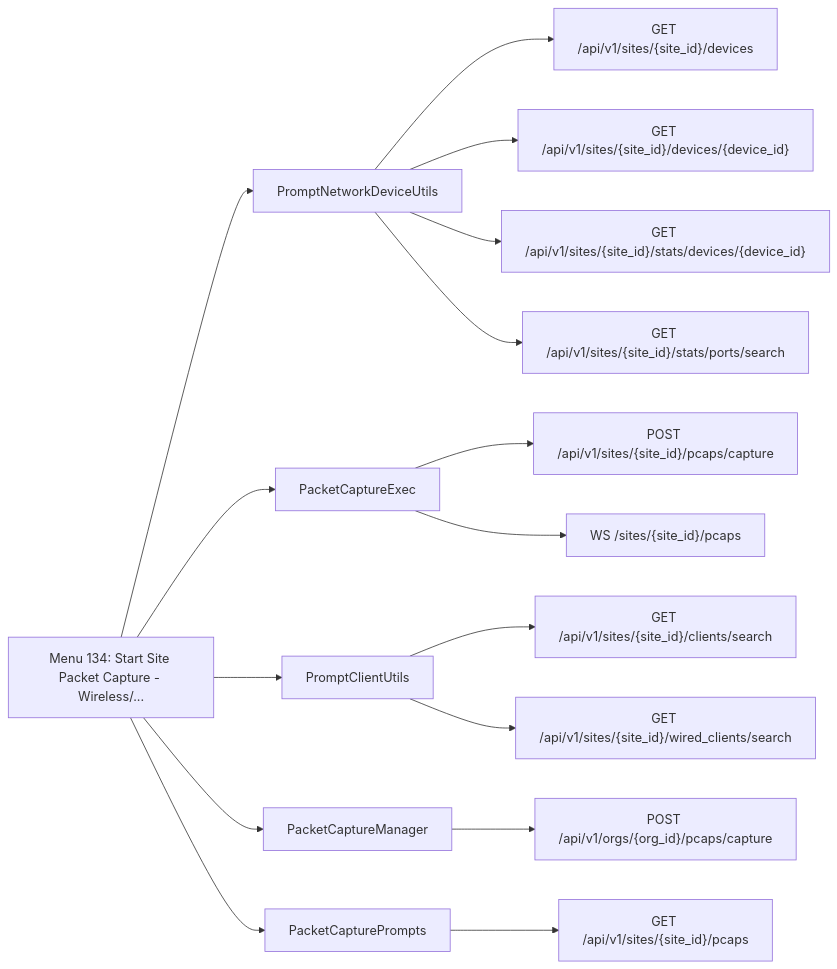
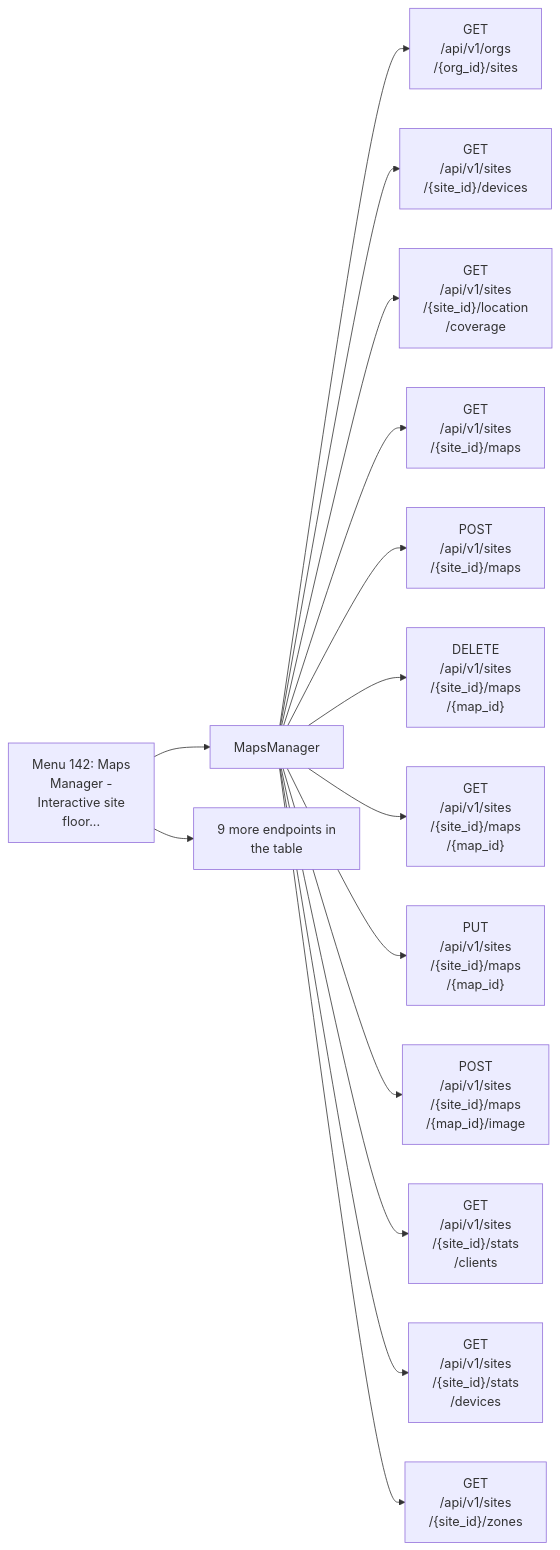
One commit to jmorrison-juniper/MistHelper changed the tenth of 18 diagrams in documentation/menu-api/interactive.md. Above: the diagram before and after it, drawn with Mermaid. The commit also changed other lines of this file and 19 other files, not shown here.

First line of the commit message:
docs(menu-api): fit the Mermaid diagrams to the wiki column (#3463)

````diff
--- a/documentation/menu-api/interactive.md
+++ b/documentation/menu-api/interactive.md
@@ -416,19 +396,18 @@
 ```mermaid
 flowchart LR
-    menu["Menu 134: Start Site Packet Capture - Wireless/..."]
-    menu --> c1["PromptNetworkDeviceUtils"]
-    c1 --> e1["GET /api/v1/sites/{site_id}/devices"]
-    c1 --> e2["GET /api/v1/sites/{site_id}/devices/{device_id}"]
-    c1 --> e3["GET /api/v1/sites/{site_id}/stats/devices/{device_id}"]
-    c1 --> e4["GET /api/v1/sites/{site_id}/stats/ports/search"]
-    menu --> c2["PacketCaptureExec"]
-    c2 --> e5["POST /api/v1/sites/{site_id}/pcaps/capture"]
-    c2 --> e6["WS /sites/{site_id}/pcaps"]
-    menu --> c3["PromptClientUtils"]
-    c3 --> e7["GET /api/v1/sites/{site_id}/clients/search"]
-    c3 --> e8["GET /api/v1/sites/{site_id}/wired_clients/search"]
-    menu --> c4["PacketCaptureManager"]
-    c4 --> e9["POST /api/v1/orgs/{org_id}/pcaps/capture"]
-    menu --> c5["PacketCapturePrompts"]
-    c5 --> e10["GET /api/v1/sites/{site_id}/pcaps"]
+    menu["Menu 142: Maps<br/>Manager -<br/>Interactive site<br/>floor..."]
+    menu --> c1["MapsManager"]
+    c1 --> e1["GET<br/>/api/v1/orgs<br/>/{org_id}/sites"]
+    c1 --> e2["GET<br/>/api/v1/sites<br/>/{site_id}/devices"]
+    c1 --> e3["GET<br/>/api/v1/sites<br/>/{site_id}/location<br/>/coverage"]
+    c1 --> e4["GET<br/>/api/v1/sites<br/>/{site_id}/maps"]
+    c1 --> e5["POST<br/>/api/v1/sites<br/>/{site_id}/maps"]
+    c1 --> e6["DELETE<br/>/api/v1/sites<br/>/{site_id}/maps<br/>/{map_id}"]
+    c1 --> e7["GET<br/>/api/v1/sites<br/>/{site_id}/maps<br/>/{map_id}"]
+    c1 --> e8["PUT<br/>/api/v1/sites<br/>/{site_id}/maps<br/>/{map_id}"]
+    c1 --> e9["POST<br/>/api/v1/sites<br/>/{site_id}/maps<br/>/{map_id}/image"]
+    c1 --> e10["GET<br/>/api/v1/sites<br/>/{site_id}/stats<br/>/clients"]
+    c1 --> e11["GET<br/>/api/v1/sites<br/>/{site_id}/stats<br/>/devices"]
+    c1 --> e12["GET<br/>/api/v1/sites<br/>/{site_id}/zones"]
+    menu --> more["9 more endpoints in<br/>the table"]
 ```
````
